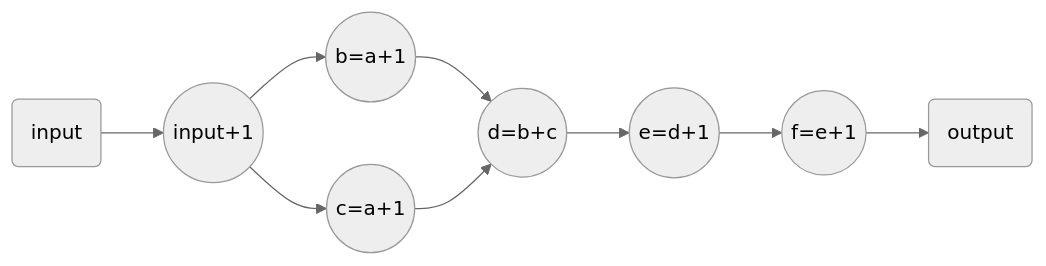
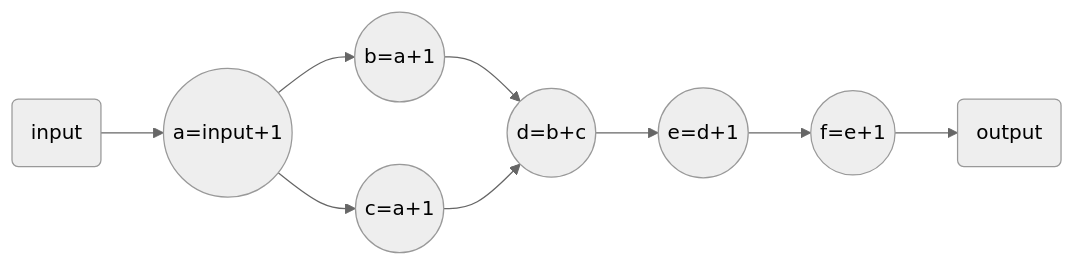
One commit to LionkingYang/taskflow changed the diagram in test/math_test/README.md. Above: the diagram before and after it, drawn with Mermaid (neutral theme).

Commit message:
feature:完善readme

````diff
--- a/test/math_test/README.md
+++ b/test/math_test/README.md
@@ -5,11 +5,11 @@
 ```mermaid
 graph LR
 	input(input) --> a((a=input+1))
-	a((input+1))-->b((b=a+1))
-	a((input+1))-->c((c=a+1))
+	a((a=input+1))-->b((b=a+1))
+	a((a=input+1))-->c((c=a+1))
 	b((b=a+1))-->d((d=b+c))
 	c((c=a+1))-->d((d=b+c))
 	d((d=b+c))-->e((e=d+1))
 	e((e=d+1))-->f((f=e+1))
 	f((f=e+1))-->output(output)
 ```
````
